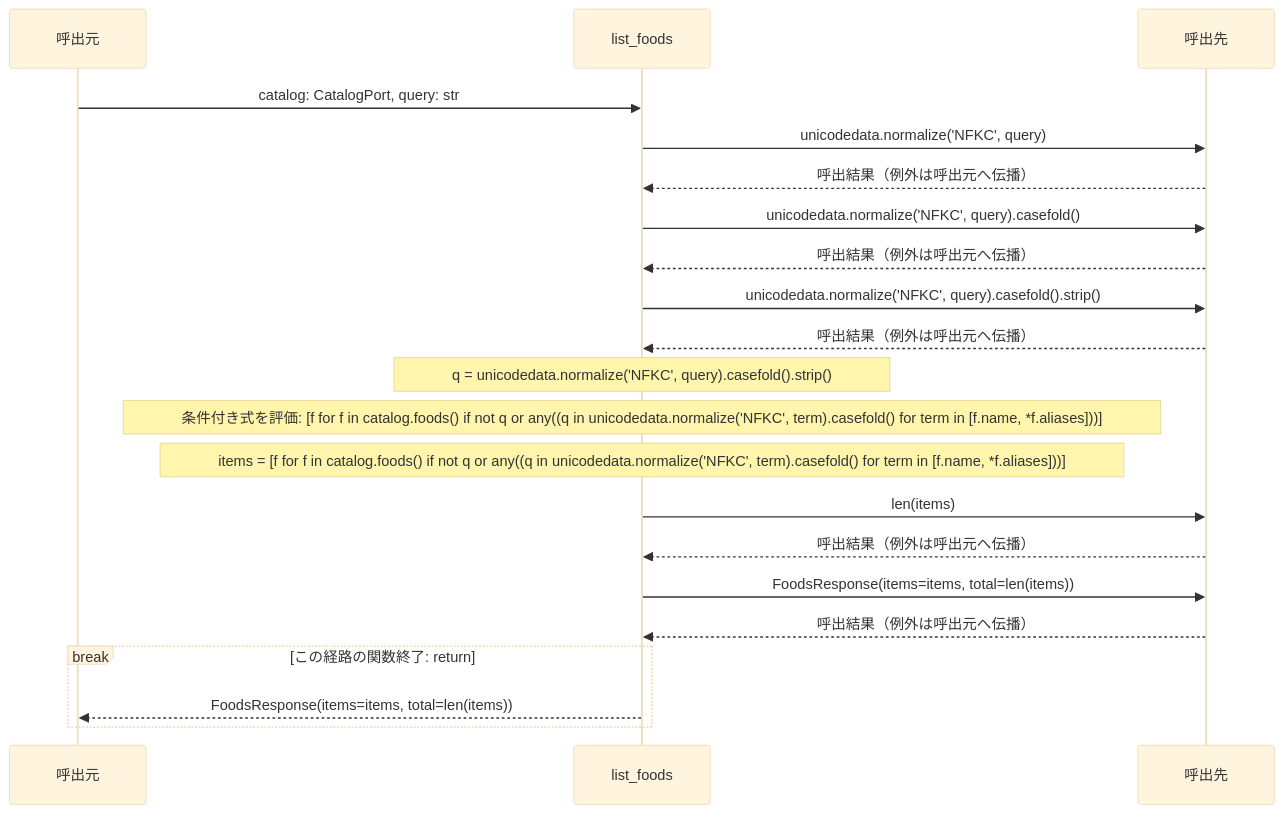
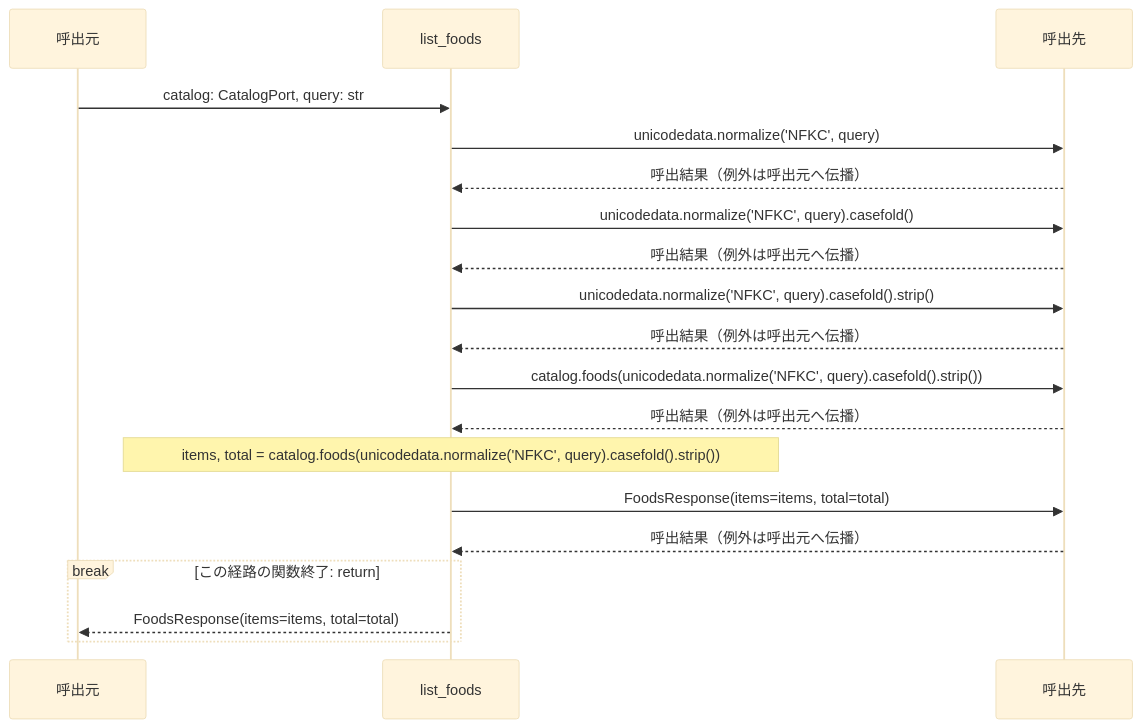
The second of 3 diagrams in docs/design/generated/api/operations/list_foods/sequence.md (tsuji-tomonori/RecipeWeave), drawn with Mermaid (base theme) before and after one commit. The commit also changed other lines of this file and 2755 other files, not shown here.

````diff
--- a/docs/design/generated/api/operations/list_foods/sequence.md
+++ b/docs/design/generated/api/operations/list_foods/sequence.md
@@ -36,23 +34,21 @@
 ```mermaid
 sequenceDiagram
     participant Caller as 呼出元
     participant Function as list_foods
     participant Callee as 呼出先
     Caller->>Function: catalog: CatalogPort, query: str
     Function->>Callee: unicodedata.normalize(#39;NFKC#39;, query)
     Callee-->>Function: 呼出結果（例外は呼出元へ伝播）
     Function->>Callee: unicodedata.normalize(#39;NFKC#39;, query).casefold()
     Callee-->>Function: 呼出結果（例外は呼出元へ伝播）
     Function->>Callee: unicodedata.normalize(#39;NFKC#39;, query).casefold().strip()
     Callee-->>Function: 呼出結果（例外は呼出元へ伝播）
-    Note over Function: q = unicodedata.normalize(#39;NFKC#39;, query).casefold().strip()
-    Note over Function: 条件付き式を評価: [f for f in catalog.foods() if not q or any((q in unicodedata.normalize(#39;NFKC#39;, term).casefold() for term in [f.name, *f.aliases]))]
-    Note over Function: items = [f for f in catalog.foods() if not q or any((q in unicodedata.normalize(#39;NFKC#39;, term).casefold() for term in [f.name, *f.aliases]))]
-    Function->>Callee: len(items)
+    Function->>Callee: catalog.foods(unicodedata.normalize(#39;NFKC#39;, query).casefold().strip())
     Callee-->>Function: 呼出結果（例外は呼出元へ伝播）
-    Function->>Callee: FoodsResponse(items=items, total=len(items))
+    Note over Function: items, total = catalog.foods(unicodedata.normalize(#39;NFKC#39;, query).casefold().strip())
+    Function->>Callee: FoodsResponse(items=items, total=total)
     Callee-->>Function: 呼出結果（例外は呼出元へ伝播）
     break この経路の関数終了: return
-        Function-->>Caller: FoodsResponse(items=items, total=len(items))
+        Function-->>Caller: FoodsResponse(items=items, total=total)
     end
 ```
````
